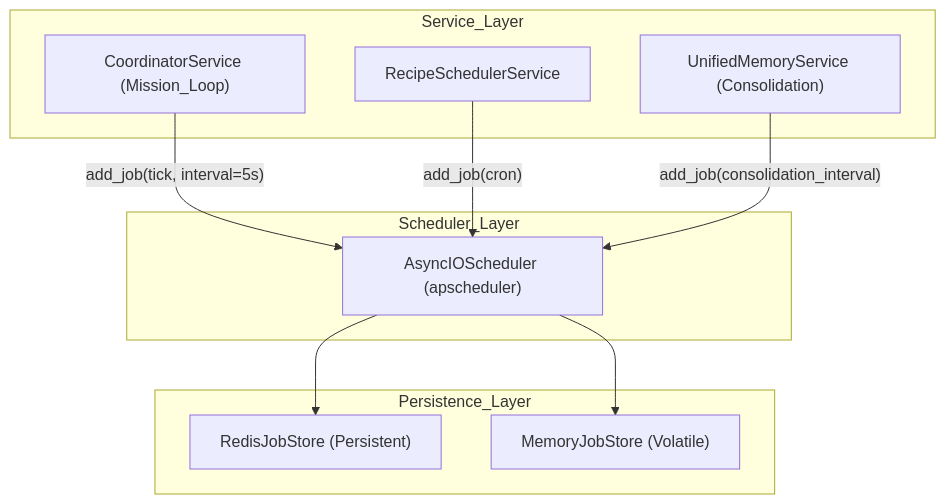
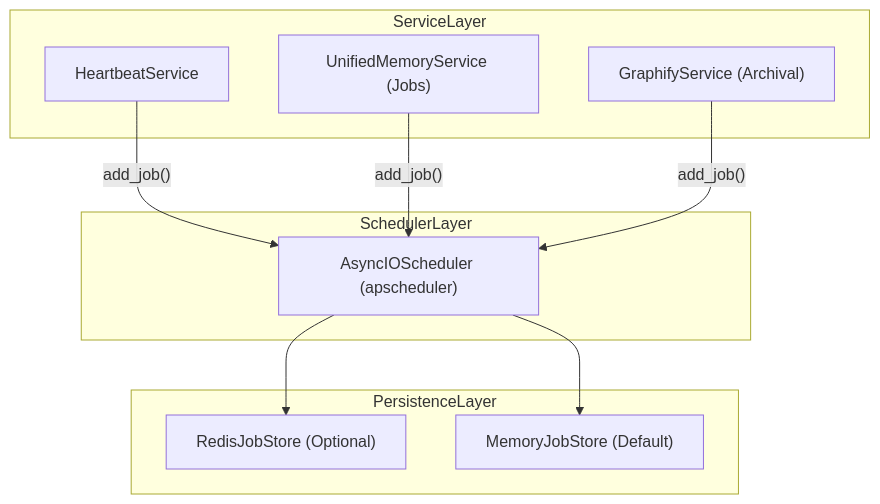
One commit to AutomatosAI/automatos-ai changed the second of 5 diagrams in docs/backend-architecture/background-services.md. Above: the diagram before and after it, drawn with Mermaid. The commit also changed other lines of this file and 153 other files, not shown here.

````diff
--- a/docs/backend-architecture/background-services.md
+++ b/docs/backend-architecture/background-services.md
@@ -92,24 +82,24 @@
 ```mermaid
 graph TB
-    subgraph "Service_Layer"
-        CS["CoordinatorService (Mission_Loop)"]
-        RS["RecipeSchedulerService"]
-        UMS["UnifiedMemoryService (Consolidation)"]
+    subgraph "ServiceLayer"
+        HS["HeartbeatService"]
+        UMS["UnifiedMemoryService (Jobs)"]
+        GS["GraphifyService (Archival)"]
     end
     
-    subgraph "Scheduler_Layer"
+    subgraph "SchedulerLayer"
         APS["AsyncIOScheduler (apscheduler)"]
     end
     
-    subgraph "Persistence_Layer"
-        RedisJS["RedisJobStore (Persistent)"]
-        MemJS["MemoryJobStore (Volatile)"]
+    subgraph "PersistenceLayer"
+        RedisJS["RedisJobStore (Optional)"]
+        MemJS["MemoryJobStore (Default)"]
     end
     
-    CS -->|"add_job(tick, interval=5s)"| APS
-    RS -->|"add_job(cron)"| APS
-    UMS -->|"add_job(consolidation_interval)"| APS
+    HS -->|"add_job()"| APS
+    UMS -->|"add_job()"| APS
+    GS -->|"add_job()"| APS
     
     APS --> RedisJS
     APS --> MemJS
 ```
````
